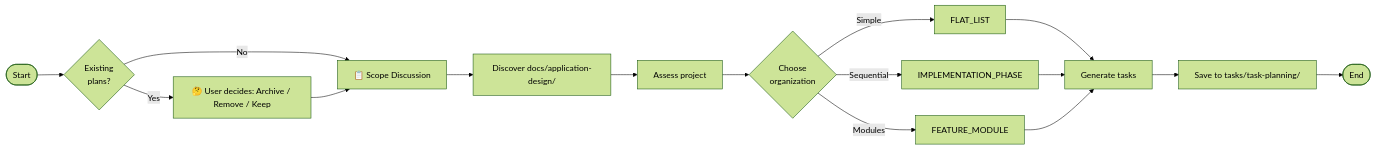
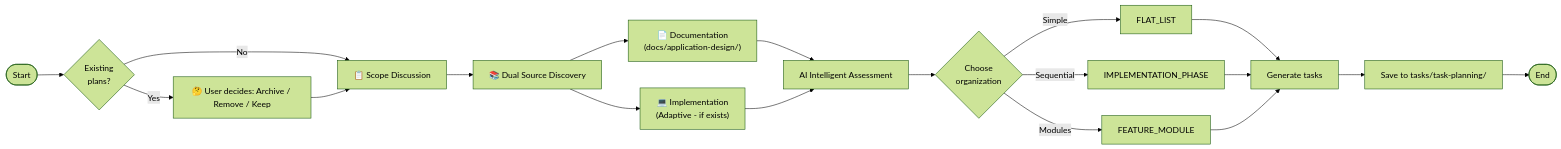
Before and after one commit to abcxyzx0099/datachat: the diagram in .claude/skills/task-planning/SKILL.md, drawn with Mermaid (forest theme). The commit also changed other lines of this file and 6 other files, not shown here.

First line of the commit message:
refactor: task-planning skill - simplify to 2 scopes with dual input sources

````diff
--- a/.claude/skills/task-planning/SKILL.md
+++ b/.claude/skills/task-planning/SKILL.md
@@ -24,22 +24,28 @@
 ```mermaid
 flowchart LR
     Start([Start]) --> Check{Existing<br/>plans?}
     Check -->|No| Scope["📋 Scope Discussion"]
     Check -->|Yes| Confirm["🤔 User decides: Archive / Remove / Keep"]
     Confirm --> Scope
 
-    Scope --> Discover[Discover docs/application-design/]
-    Discover --> Assess[Assess project]
+    Scope --> Sources["📚 Dual Source Discovery"]
+
+    Sources --> Docs["📄 Documentation<br/>(docs/application-design/)"]
+    Sources --> Impl["💻 Implementation<br/>(Adaptive - if exists)"]
+
+    Docs --> Assess[AI Intelligent Assessment]
+    Impl --> Assess
+
     Assess --> Decide{Choose<br/>organization}
 
     Decide -->|Simple| Flat[FLAT_LIST]
     Decide -->|Sequential| Phase[IMPLEMENTATION_PHASE]
     Decide -->|Modules| Module[FEATURE_MODULE]
 
     Flat --> Generate[Generate tasks]
     Phase --> Generate
     Module --> Generate
 
     Generate --> Save[Save to tasks/task-planning/]
     Save --> End([End])
 ```
````
